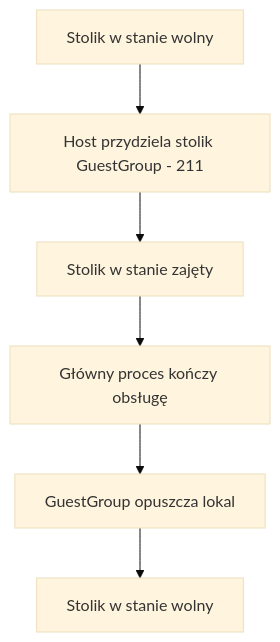
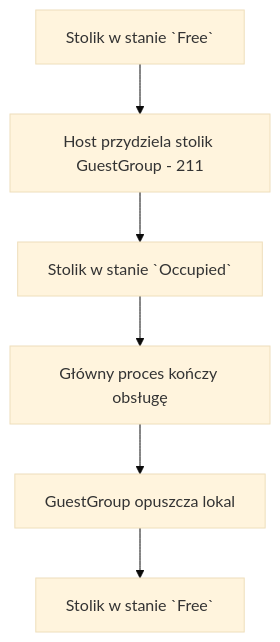
The diagram in doc/252_table_management.md (mmalessa/pizzeria), drawn with Mermaid (base theme) before and after one commit. The commit also changed other lines of this file and 16 other files, not shown here.

````diff
--- a/doc/252_table_management.md
+++ b/doc/252_table_management.md
@@ -28,10 +28,10 @@
 ```mermaid
 flowchart TD
 
-A[Stolik w stanie wolny]
+A[Stolik w stanie `Free`]
 --> B[Host przydziela stolik GuestGroup - 211]
---> C[Stolik w stanie zajęty]
+--> C[Stolik w stanie `Occupied`]
 --> D[Główny proces kończy obsługę]
 --> E[GuestGroup opuszcza lokal]
---> F[Stolik w stanie wolny]
+--> F[Stolik w stanie `Free`]
 ```
````
